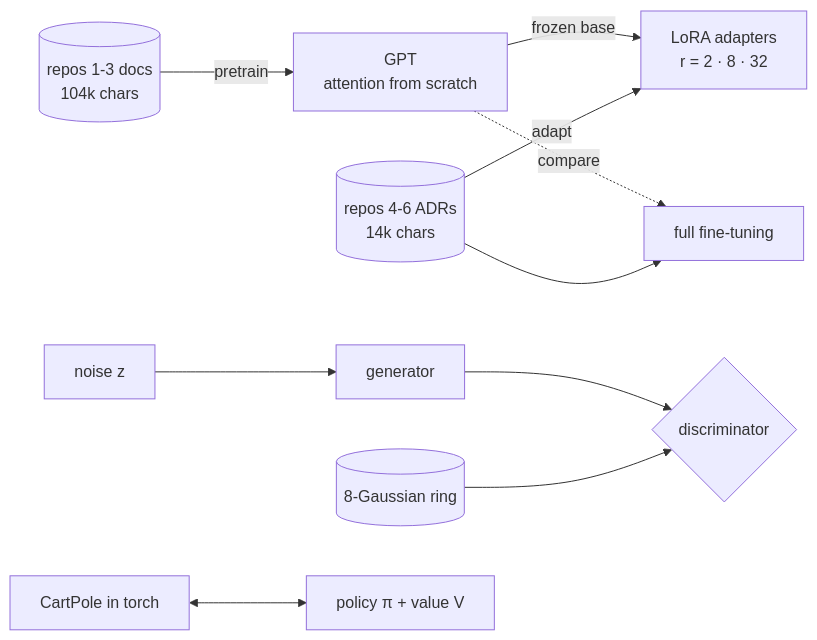
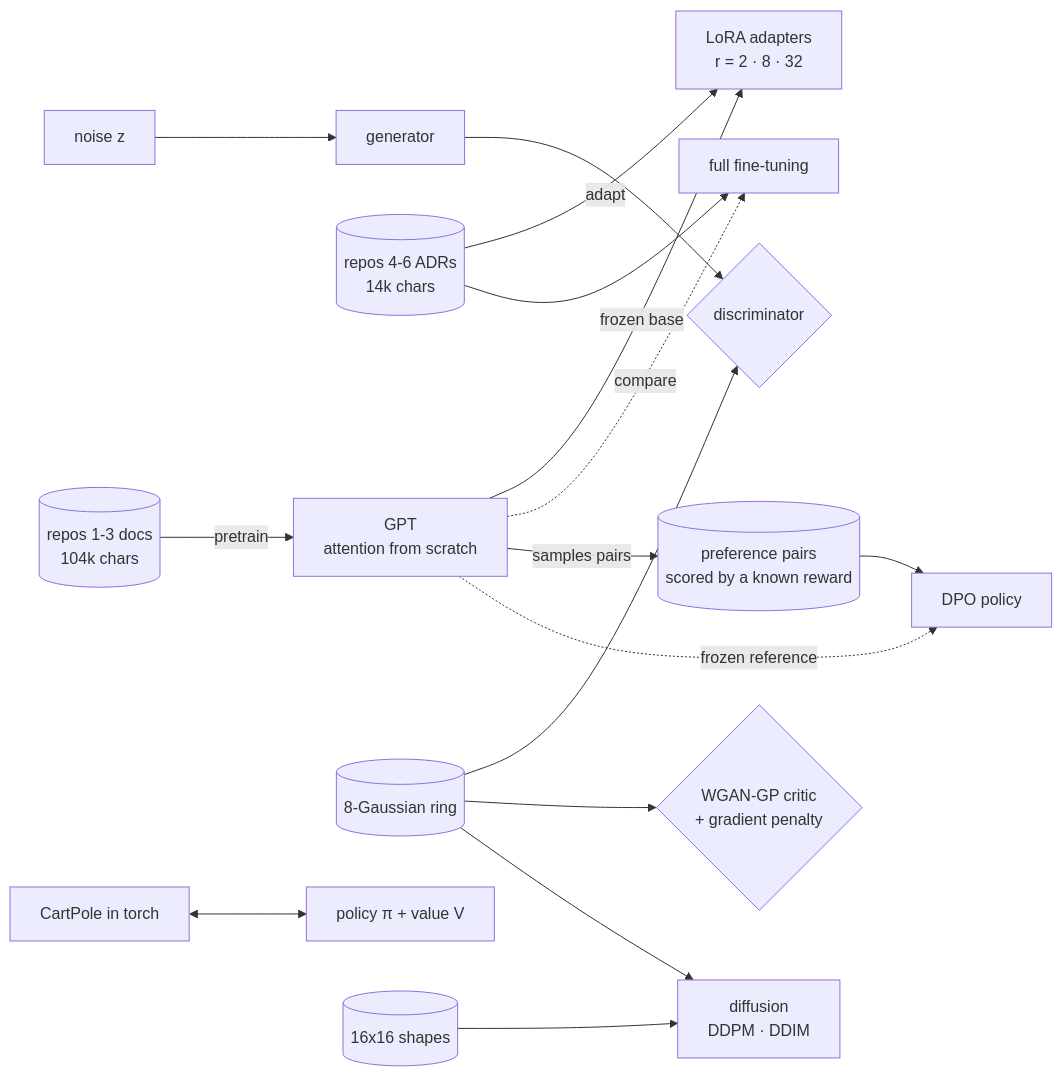
Before and after one commit to masterfabric/masterfabric-genai-foundations: the diagram in README.md, drawn with Mermaid. The commit also changed other lines of this file, not shown here.

Commit message:
README: WGAN-GP, diffusion and DPO sections with figures 6-9, key results, limitations and roadmap

````diff
--- a/README.md
+++ b/README.md
@@ -40,11 +48,17 @@
 ```mermaid
 flowchart LR
   A[(repos 1-3 docs<br/>104k chars)] -->|pretrain| G[GPT<br/>attention from scratch]
   G -->|frozen base| L[LoRA adapters<br/>r = 2 · 8 · 32]
   B[(repos 4-6 ADRs<br/>14k chars)] -->|adapt| L
   G -.->|compare| F[full fine-tuning]
   B --> F
   N[noise z] --> GEN[generator] --> D{discriminator}
   R[(8-Gaussian ring)] --> D
   E[CartPole in torch] <--> P[policy π + value V]
+  R --> W{WGAN-GP critic<br/>+ gradient penalty}
+  R --> DF[diffusion<br/>DDPM · DDIM]
+  S[(16x16 shapes)] --> DF
+  G -->|samples pairs| PR[(preference pairs<br/>scored by a known reward)]
+  PR --> DPO[DPO policy]
+  G -.->|frozen reference| DPO
 ```
````
